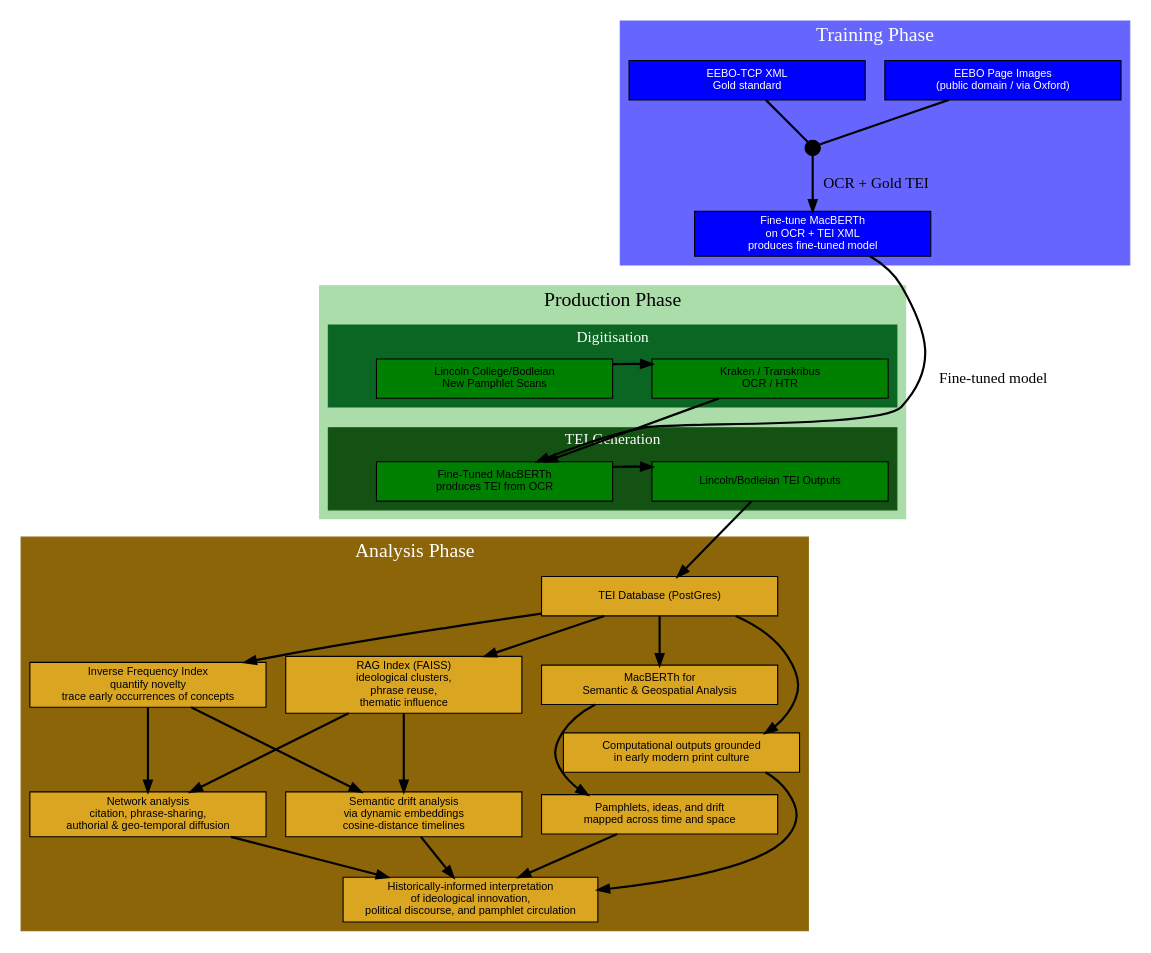
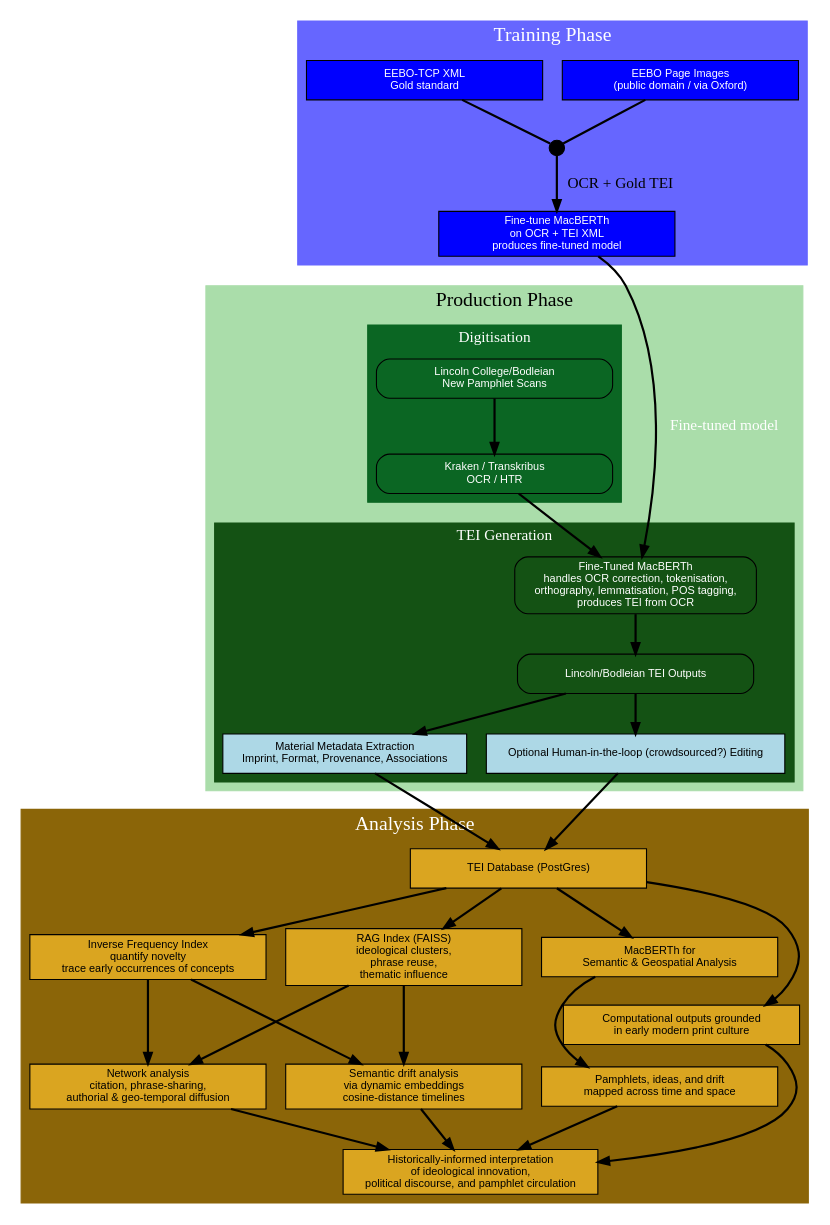
The diagram in graph.dot (leegee/mutatis-mutandis), drawn with Graphviz before and after one commit.

```diff
--- a/graph.dot
+++ b/graph.dot
@@ -1,140 +1,135 @@
 digraph pamphlet_pipeline {
-    rankdir=TB;  // top-to-bottom layout
+    rankdir=TB;
     node [shape=box, style=rounded, fontname="Helvetica", width=3, fixedsize=false, fontsize=10, labelloc=c, align=center];
 
     // ========================
     // Training phase cluster
     // ========================
     subgraph cluster_training {
         label="Training Phase";
         fontsize=18;
         style=filled;
         color="#6666FF";
         fontcolor=white;
-        node [style=filled, fillcolor=blue, fontcolor=white, width=3];
+        node [style=filled, fillcolor=blue, fontcolor=white, width=3, fixedsize=false, fontsize=10, labelloc=c, align=center];
 
         EEBO_images [label="EEBO Page Images\n(public domain / via Oxford)"];
         EEBO_TEI_XML [label="EEBO-TCP XML\nGold standard"];
         MacBERTh_training [label="Fine-tune MacBERTh\non OCR + TEI XML\nproduces fine-tuned model"];
 
+        // Merge node
         merge_training [label="", shape=circle, width=0.2, fixedsize=true, style=filled, fillcolor=black];
     }
 
     // ========================
     // Production phase cluster
     // ========================
     subgraph cluster_production {
         label="Production Phase";
         fontsize=18;
         style=filled;
         color="#AADDAA";
         fontcolor=black;
-        node [style=filled, fillcolor=green, fontcolor=black, width=3];
 
         // --- Subgraph: Digitisation ---
         subgraph cluster_digitisation {
             label="Digitisation";
             fontsize=14;
             fontcolor=white;
             style=filled;
             color="#0b6623";
+            rankdir=LR;
 
-            // force LR order
-            { rank=same;
-                d_anchor [label="", shape=point, width=0];
-                Lincoln_scans [label="Lincoln College/Bodleian\nNew Pamphlet Scans"];
-                OCR_tool [label="Kraken / Transkribus\nOCR / HTR"];
-            }
-
-            // invisible LR ordering
-            d_anchor -> Lincoln_scans [style=invis];
-            Lincoln_scans -> OCR_tool [style=invis];
+            Lincoln_scans [fontcolor=white, label="Lincoln College/Bodleian\nNew Pamphlet Scans"];
+            OCR_tool [fontcolor=white, label="Kraken / Transkribus\nOCR / HTR"];
         }
 
         // --- Subgraph: TEI Generation ---
         subgraph cluster_tei_generation {
             label="TEI Generation";
             fontsize=14;
             fontcolor=white;
             style=filled;
             color="#145214";
+            rankdir=LR;
 
-            { rank=same;
-                t_anchor [label="", shape=point, width=0];
-                MacBERTh_TEI [label="Fine-Tuned MacBERTh\nproduces TEI from OCR"];
-                Lincoln_TEI [label="Lincoln/Bodleian TEI Outputs"];
-            }
+            MacBERTh_TEI [fontcolor=white, label="Fine-Tuned MacBERTh\nhandles OCR correction, tokenisation,\northography, lemmatisation, POS tagging,\nproduces TEI from OCR"];
+            Lincoln_TEI [fontcolor=white, label="Lincoln/Bodleian TEI Outputs"];
 
-            t_anchor -> MacBERTh_TEI [style=invis];
-            MacBERTh_TEI -> Lincoln_TEI [style=invis];
+            Metadata_extraction [label="Material Metadata Extraction\nImprint, Format, Provenance, Associations", style=filled, fillcolor=lightblue, fontcolor=black];
+            WYSIWYG [label="Optional Human-in-the-loop (crowdsourced?) Editing", style=filled, fillcolor=lightblue, fontcolor=black];
         }
     }
 
     // ========================
     // Analysis phase cluster
     // ========================
     subgraph cluster_analysis {
         label="Analysis Phase";
         fontsize=18;
         style=filled;
         color=darkgoldenrod4;
         fontcolor=white;
-        node [style=filled, fillcolor=goldenrod, fontcolor=black, width=3];
+        node [style=filled, fillcolor=goldenrod, fontcolor=black, width=3, fixedsize=false, fontsize=10, labelloc=c, align=center];
 
         MacBERTh_analysis [label="MacBERTh for\nSemantic & Geospatial Analysis"];
         DB [label="TEI Database (PostGres)"];
         IFI [label="Inverse Frequency Index\nquantify novelty\ntrace early occurrences of concepts"];
         RAG_index [label="RAG Index (FAISS)\nideological clusters,\nphrase reuse,\nthematic influence"];
-
+        
         Semantic_drift [label="Semantic drift analysis\nvia dynamic embeddings\ncosine-distance timelines"];
         Network_analysis [label="Network analysis\ncitation, phrase-sharing,\nauthorial & geo-temporal diffusion"];
         Geo_temporal_mapping [label="Pamphlets, ideas, and drift\nmapped across time and space"];
         Historical_context [label="Computational outputs grounded\nin early modern print culture"];
         Interpretation [label="Historically-informed interpretation\nof ideological innovation,\npolitical discourse, and pamphlet circulation"];
     }
 
     // ========================
     // Training edges
     // ========================
     EEBO_images -> merge_training  [arrowhead=none, penwidth=2];
     EEBO_TEI_XML -> merge_training  [arrowhead=none, penwidth=2];
-    merge_training -> MacBERTh_training [penwidth=2, label="OCR + Gold TEI"];
+    merge_training -> MacBERTh_training [penwidth=2, style=solid, label="OCR + Gold TEI"];
 
     // ========================
     // Production edges
     // ========================
-    Lincoln_scans -> OCR_tool [penwidth=2];
-    OCR_tool -> MacBERTh_TEI [penwidth=2];
-    MacBERTh_training -> MacBERTh_TEI [label="Fine-tuned model", penwidth=2];
-    MacBERTh_TEI -> Lincoln_TEI [penwidth=2];
+    Lincoln_scans -> OCR_tool [fontcolor=black, penwidth=2];
+    OCR_tool -> MacBERTh_TEI [fontcolor=black, penwidth=2];
+    MacBERTh_training -> MacBERTh_TEI [label="Fine-tuned model", fontcolor=white, penwidth=2];
+    MacBERTh_TEI -> Lincoln_TEI [fontcolor=black, penwidth=2];
+
+    Lincoln_TEI -> Metadata_extraction [penwidth=2];
+    Lincoln_TEI -> WYSIWYG [penwidth=2];
+    Metadata_extraction -> DB [penwidth=2];
+    WYSIWYG -> DB [penwidth=2];
 
     // ========================
     // Analysis edges
     // ========================
-    Lincoln_TEI -> DB [penwidth=2];
-    DB -> MacBERTh_analysis [penwidth=2];
+    DB -> MacBERTh_analysis [fontcolor=black, penwidth=2];
     DB -> RAG_index [penwidth=2];
     DB -> IFI [penwidth=2];
 
-    // outputs
+    // Outputs / use cases edges
     IFI -> Semantic_drift [penwidth=2];
     RAG_index -> Semantic_drift [penwidth=2];
 
     IFI -> Network_analysis [penwidth=2];
     RAG_index -> Network_analysis [penwidth=2];
 
     MacBERTh_analysis -> Geo_temporal_mapping [penwidth=2];
     DB -> Historical_context [penwidth=2];
 
     Semantic_drift -> Interpretation [penwidth=2];
     Network_analysis -> Interpretation [penwidth=2];
     Geo_temporal_mapping -> Interpretation [penwidth=2];
     Historical_context -> Interpretation [penwidth=2];
 
     // ========================
-    // Invisible edges for global vertical order
+    // Invisible edges to enforce vertical order
     // ========================
     MacBERTh_training -> Lincoln_scans [style=invis];
     Lincoln_TEI -> MacBERTh_analysis [style=invis];
     MacBERTh_analysis -> Semantic_drift [style=invis];
 }
```
